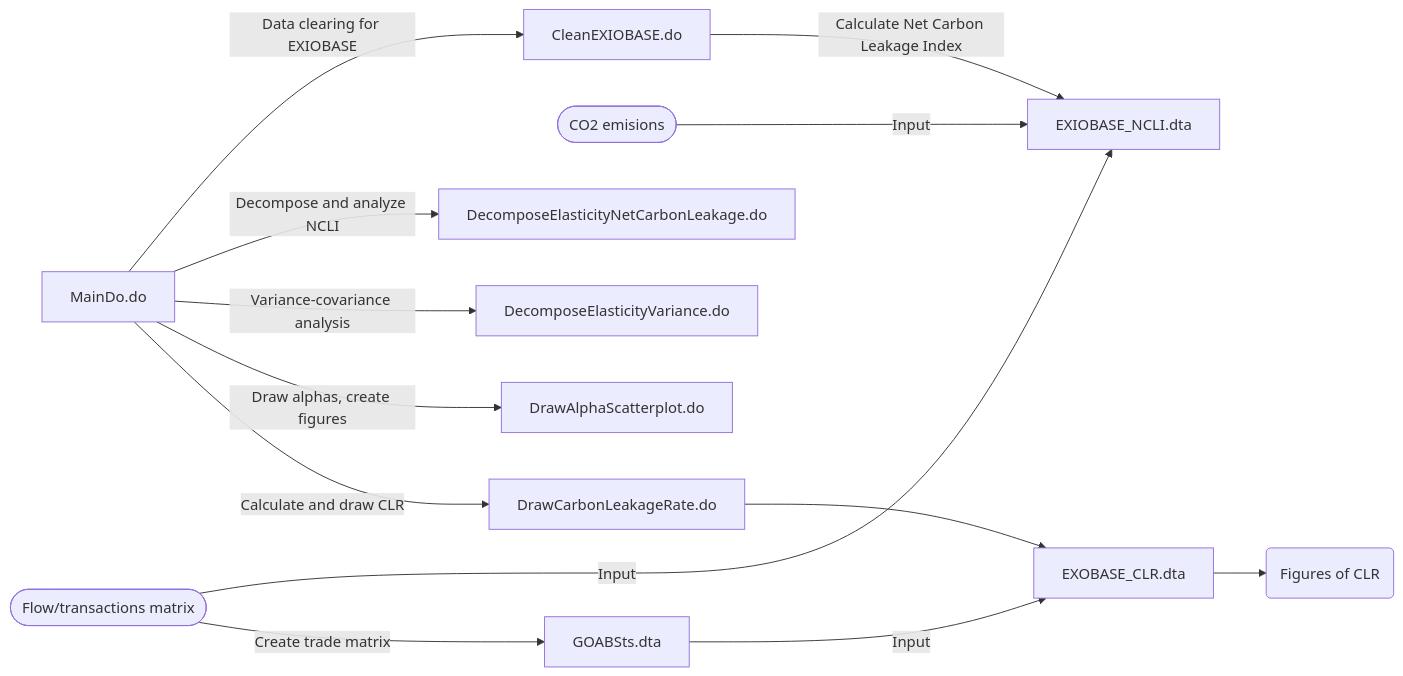
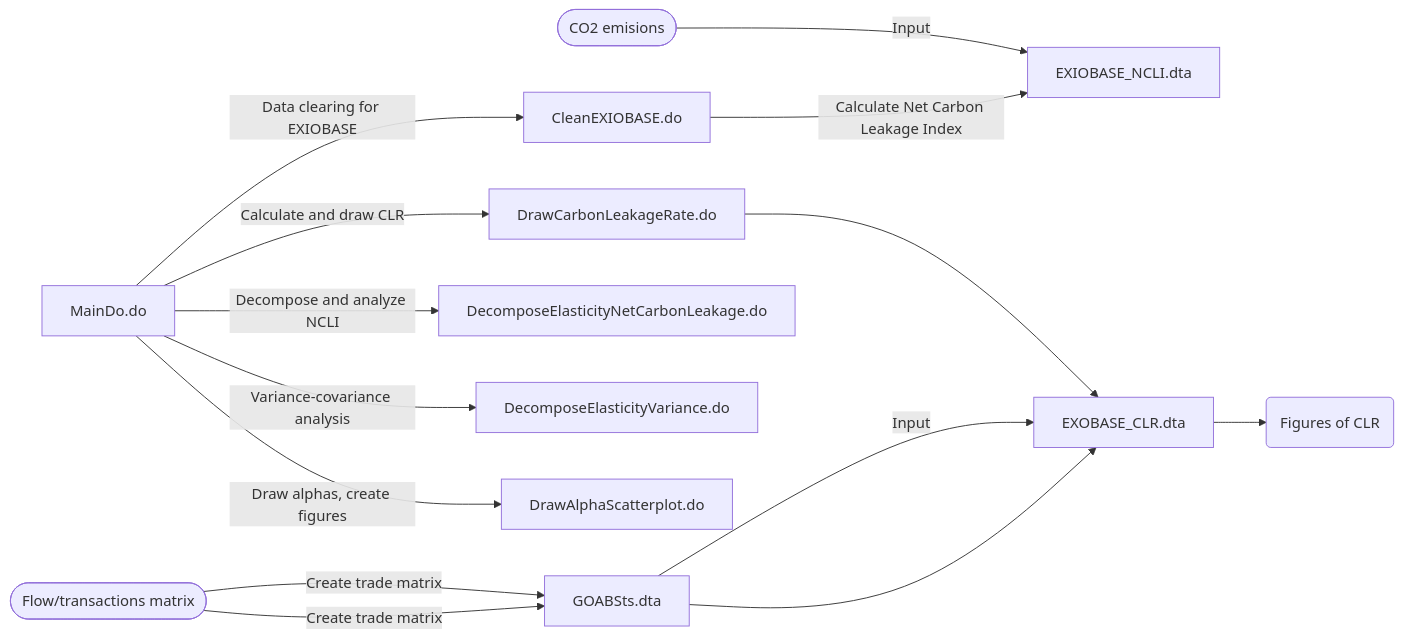
The diagram in README.md (AkariOno/Trade_Carbon), drawn with Mermaid before and after one commit.

````diff
--- a/README.md
+++ b/README.md
@@ -17,16 +17,17 @@
 ```mermaid
 graph LR;
     A[MainDo.do] --> |Data clearing for EXIOBASE|B[CleanEXIOBASE.do]
-    C([Flow/transactions matrix]) --> |Input|D[EXIOBASE_NCLI.dta]
-    E([CO2 emisions]) --> |Input|D
+    C([Flow/transactions matrix]) --> |Create trade matrix|K[GOABSts.dta]
+    E([CO2 emisions]) --> |Input|D[EXIOBASE_NCLI.dta]
     B --> |Calculate Net Carbon Leakage Index|D
     A --> |Decompose and analyze NCLI|F[DecomposeElasticityNetCarbonLeakage.do]
     A --> |Variance-covariance analysis|G[DecomposeElasticityVariance.do]
     A --> |Draw alphas, create figures|H[DrawAlphaScatterplot.do]
     A --> |Calculate and draw CLR|I[DrawCarbonLeakageRate.do]
     I --> J[EXOBASE_CLR.dta]
     C --> |Create trade matrix|K[GOABSts.dta]
     K --> |Input|J
+    K --> J
     J --> L(Figures of CLR)
    
 ```
````
